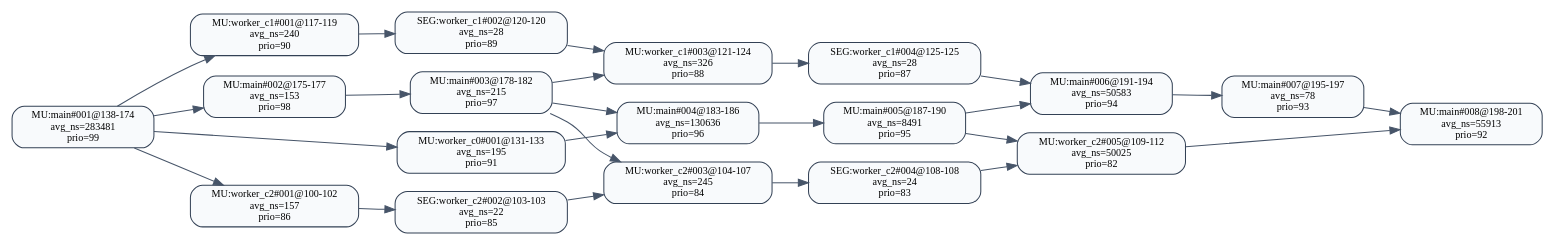
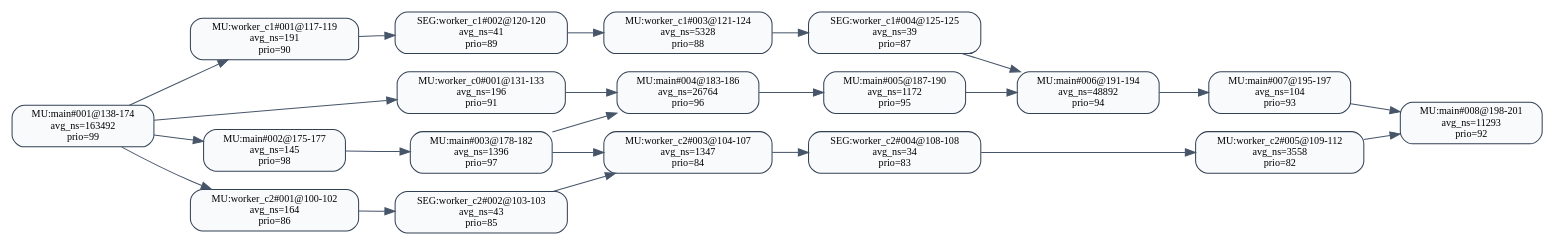
One commit to RTS-SYSU/DAG-Gen changed the diagram in 中间结果/zhang2/pipeline/validation/level2/effective_line_merge/zhao2020/dag_seg_annotated.dot. Above: the diagram before and after it, drawn with Graphviz. The commit also changed 2419 other files, not shown here.

```diff
--- a/中间结果/zhang2/pipeline/validation/level2/effective_line_merge/zhao2020/dag_seg_annotated.dot
+++ b/中间结果/zhang2/pipeline/validation/level2/effective_line_merge/zhao2020/dag_seg_annotated.dot
@@ -1,46 +1,44 @@
 digraph dag_seg_annotated {
   rankdir=LR;
   node [shape=box, style="rounded,filled", fillcolor="#F8FAFC", color="#334155", fontsize=10];
   edge [color="#475569"];
-  "MU:main#001@138-174" [label="MU:main#001@138-174\navg_ns=283481\nprio=99"];
-  "MU:main#002@175-177" [label="MU:main#002@175-177\navg_ns=153\nprio=98"];
-  "MU:main#003@178-182" [label="MU:main#003@178-182\navg_ns=215\nprio=97"];
-  "MU:main#004@183-186" [label="MU:main#004@183-186\navg_ns=130636\nprio=96"];
-  "MU:main#005@187-190" [label="MU:main#005@187-190\navg_ns=8491\nprio=95"];
-  "MU:main#006@191-194" [label="MU:main#006@191-194\navg_ns=50583\nprio=94"];
-  "MU:main#007@195-197" [label="MU:main#007@195-197\navg_ns=78\nprio=93"];
-  "MU:main#008@198-201" [label="MU:main#008@198-201\navg_ns=55913\nprio=92"];
-  "MU:worker_c0#001@131-133" [label="MU:worker_c0#001@131-133\navg_ns=195\nprio=91"];
-  "MU:worker_c1#001@117-119" [label="MU:worker_c1#001@117-119\navg_ns=240\nprio=90"];
-  "SEG:worker_c1#002@120-120" [label="SEG:worker_c1#002@120-120\navg_ns=28\nprio=89"];
-  "MU:worker_c1#003@121-124" [label="MU:worker_c1#003@121-124\navg_ns=326\nprio=88"];
-  "SEG:worker_c1#004@125-125" [label="SEG:worker_c1#004@125-125\navg_ns=28\nprio=87"];
-  "MU:worker_c2#001@100-102" [label="MU:worker_c2#001@100-102\navg_ns=157\nprio=86"];
-  "SEG:worker_c2#002@103-103" [label="SEG:worker_c2#002@103-103\navg_ns=22\nprio=85"];
-  "MU:worker_c2#003@104-107" [label="MU:worker_c2#003@104-107\navg_ns=245\nprio=84"];
-  "SEG:worker_c2#004@108-108" [label="SEG:worker_c2#004@108-108\navg_ns=24\nprio=83"];
-  "MU:worker_c2#005@109-112" [label="MU:worker_c2#005@109-112\navg_ns=50025\nprio=82"];
+  "MU:main#001@138-174" [label="MU:main#001@138-174\navg_ns=163492\nprio=99"];
+  "MU:main#002@175-177" [label="MU:main#002@175-177\navg_ns=145\nprio=98"];
+  "MU:main#003@178-182" [label="MU:main#003@178-182\navg_ns=1396\nprio=97"];
+  "MU:main#004@183-186" [label="MU:main#004@183-186\navg_ns=26764\nprio=96"];
+  "MU:main#005@187-190" [label="MU:main#005@187-190\navg_ns=1172\nprio=95"];
+  "MU:main#006@191-194" [label="MU:main#006@191-194\navg_ns=48892\nprio=94"];
+  "MU:main#007@195-197" [label="MU:main#007@195-197\navg_ns=104\nprio=93"];
+  "MU:main#008@198-201" [label="MU:main#008@198-201\navg_ns=11293\nprio=92"];
+  "MU:worker_c0#001@131-133" [label="MU:worker_c0#001@131-133\navg_ns=196\nprio=91"];
+  "MU:worker_c1#001@117-119" [label="MU:worker_c1#001@117-119\navg_ns=191\nprio=90"];
+  "SEG:worker_c1#002@120-120" [label="SEG:worker_c1#002@120-120\navg_ns=41\nprio=89"];
+  "MU:worker_c1#003@121-124" [label="MU:worker_c1#003@121-124\navg_ns=5328\nprio=88"];
+  "SEG:worker_c1#004@125-125" [label="SEG:worker_c1#004@125-125\navg_ns=39\nprio=87"];
+  "MU:worker_c2#001@100-102" [label="MU:worker_c2#001@100-102\navg_ns=164\nprio=86"];
+  "SEG:worker_c2#002@103-103" [label="SEG:worker_c2#002@103-103\navg_ns=43\nprio=85"];
+  "MU:worker_c2#003@104-107" [label="MU:worker_c2#003@104-107\navg_ns=1347\nprio=84"];
+  "SEG:worker_c2#004@108-108" [label="SEG:worker_c2#004@108-108\navg_ns=34\nprio=83"];
+  "MU:worker_c2#005@109-112" [label="MU:worker_c2#005@109-112\navg_ns=3558\nprio=82"];
   "MU:worker_c2#001@100-102" -> "SEG:worker_c2#002@103-103";
   "SEG:worker_c2#002@103-103" -> "MU:worker_c2#003@104-107";
   "MU:worker_c2#003@104-107" -> "SEG:worker_c2#004@108-108";
   "SEG:worker_c2#004@108-108" -> "MU:worker_c2#005@109-112";
   "MU:worker_c1#001@117-119" -> "SEG:worker_c1#002@120-120";
   "SEG:worker_c1#002@120-120" -> "MU:worker_c1#003@121-124";
   "MU:worker_c1#003@121-124" -> "SEG:worker_c1#004@125-125";
   "MU:main#001@138-174" -> "MU:main#002@175-177";
   "MU:main#002@175-177" -> "MU:main#003@178-182";
   "MU:main#003@178-182" -> "MU:main#004@183-186";
   "MU:main#004@183-186" -> "MU:main#005@187-190";
   "MU:main#005@187-190" -> "MU:main#006@191-194";
   "MU:main#006@191-194" -> "MU:main#007@195-197";
   "MU:main#007@195-197" -> "MU:main#008@198-201";
   "MU:main#001@138-174" -> "MU:worker_c0#001@131-133";
   "MU:main#001@138-174" -> "MU:worker_c1#001@117-119";
   "MU:main#001@138-174" -> "MU:worker_c2#001@100-102";
   "MU:worker_c0#001@131-133" -> "MU:main#004@183-186";
   "SEG:worker_c1#004@125-125" -> "MU:main#006@191-194";
   "MU:worker_c2#005@109-112" -> "MU:main#008@198-201";
   "MU:main#003@178-182" -> "MU:worker_c2#003@104-107";
-  "MU:main#005@187-190" -> "MU:worker_c2#005@109-112";
-  "MU:main#003@178-182" -> "MU:worker_c1#003@121-124";
 }
```
